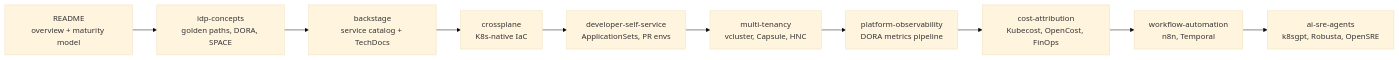
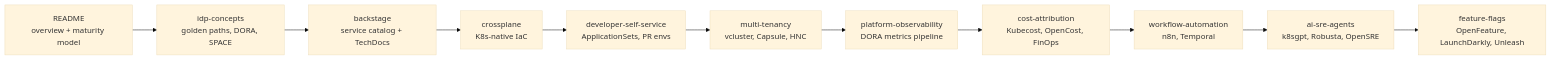
The third of 3 diagrams in platform-engineering/README.md (deepanshu-rawat6/DevOpsIndex), drawn with Mermaid (base theme) before and after one commit. The commit also changed 17 other files, not shown here.

````diff
--- a/platform-engineering/README.md
+++ b/platform-engineering/README.md
@@ -134,15 +134,16 @@
 ```mermaid
 graph LR
     A["README<br/>overview + maturity model"]
     B["idp-concepts<br/>golden paths, DORA, SPACE"]
     C["backstage<br/>service catalog + TechDocs"]
     D["crossplane<br/>K8s-native IaC"]
     E["developer-self-service<br/>ApplicationSets, PR envs"]
     F["multi-tenancy<br/>vcluster, Capsule, HNC"]
     G["platform-observability<br/>DORA metrics pipeline"]
     H["cost-attribution<br/>Kubecost, OpenCost, FinOps"]
     I["workflow-automation<br/>n8n, Temporal"]
     J["ai-sre-agents<br/>k8sgpt, Robusta, OpenSRE"]
+    K["feature-flags<br/>OpenFeature, LaunchDarkly, Unleash"]
 
-    A --> B --> C --> D --> E --> F --> G --> H --> I --> J
+    A --> B --> C --> D --> E --> F --> G --> H --> I --> J --> K
 ```
````
